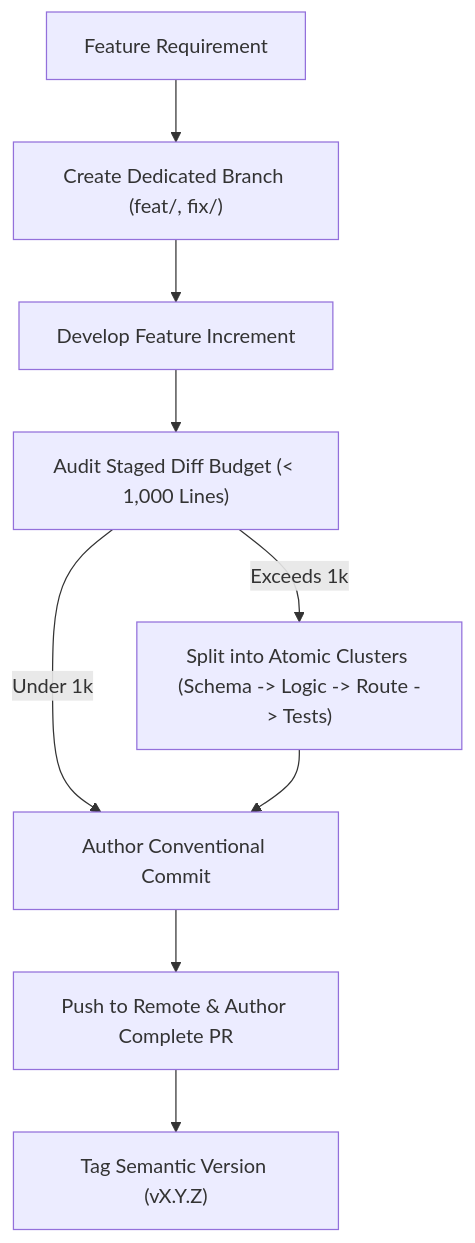
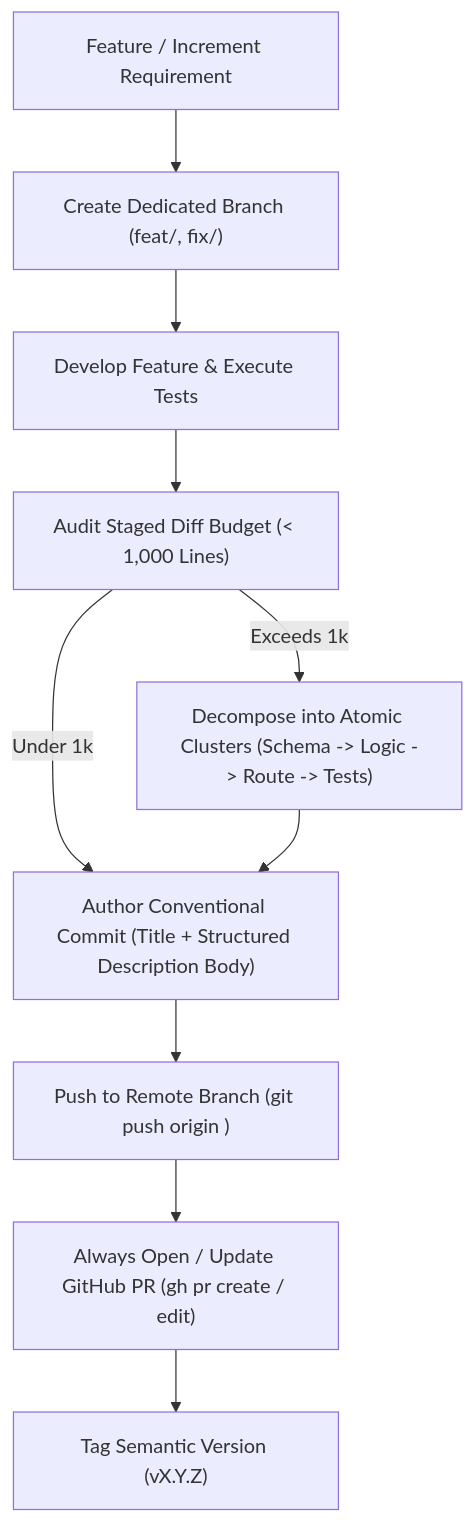
One commit to darknecrocities/SkillBuilder changed the diagram in skills/git-workflow/SKILL.md. Above: the diagram before and after it, drawn with Mermaid. The commit also changed other lines of this file and 12 other files, not shown here.

First line of the commit message:
feat(git): mandate commit title, body, branch push, and PR (v3.10.0)

````diff
--- a/skills/git-workflow/SKILL.md
+++ b/skills/git-workflow/SKILL.md
@@ -16,11 +16,12 @@
 ```mermaid
 flowchart TD
-    A["Feature Requirement"] --> B["Create Dedicated Branch (feat/, fix/)"]
-    B --> C["Develop Feature Increment"]
+    A["Feature / Increment Requirement"] --> B["Create Dedicated Branch (feat/, fix/)"]
+    B --> C["Develop Feature & Execute Tests"]
     C --> D["Audit Staged Diff Budget (< 1,000 Lines)"]
-    D -->|Exceeds 1k| E["Split into Atomic Clusters (Schema -> Logic -> Route -> Tests)"]
-    D -->|Under 1k| F["Author Conventional Commit"]
+    D -->|Exceeds 1k| E["Decompose into Atomic Clusters (Schema -> Logic -> Route -> Tests)"]
+    D -->|Under 1k| F["Author Conventional Commit (Title + Structured Description Body)"]
     E --> F
-    F --> G["Push to Remote & Author Complete PR"]
-    G --> H["Tag Semantic Version (vX.Y.Z)"]
+    F --> G["Push to Remote Branch (git push origin <branch>)"]
+    G --> H["Always Open / Update GitHub PR (gh pr create / edit)"]
+    H --> I["Tag Semantic Version (vX.Y.Z)"]
 ```
````
